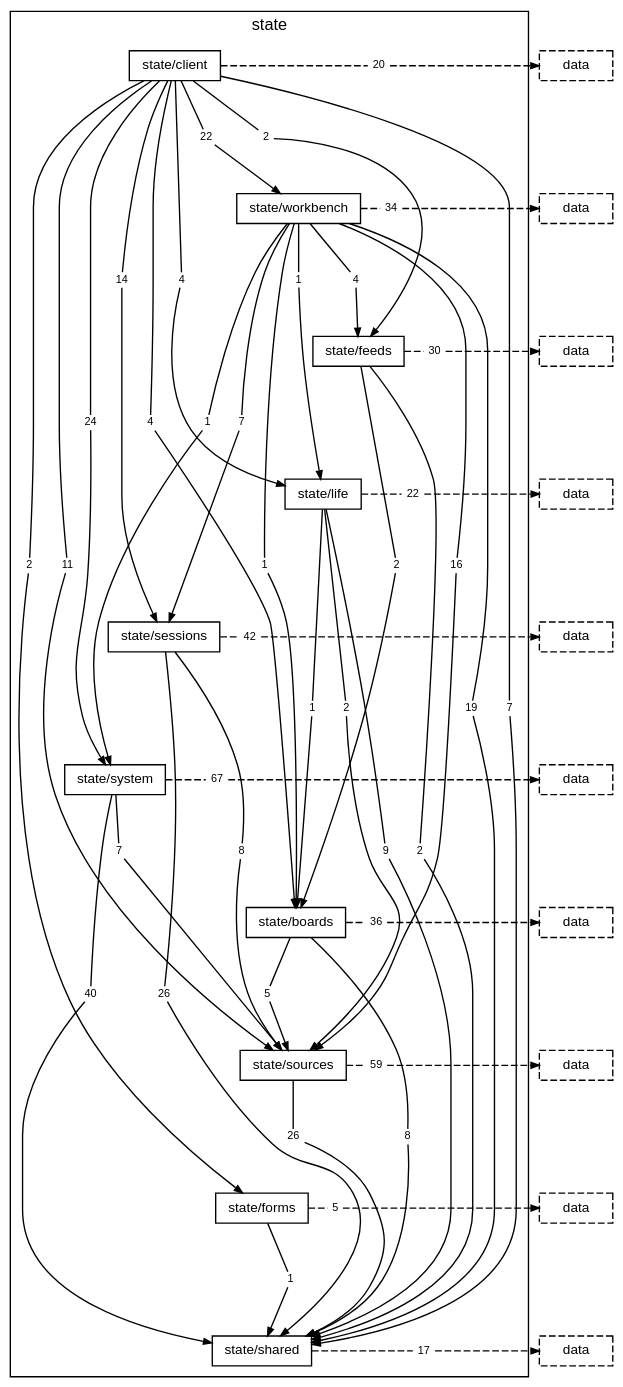
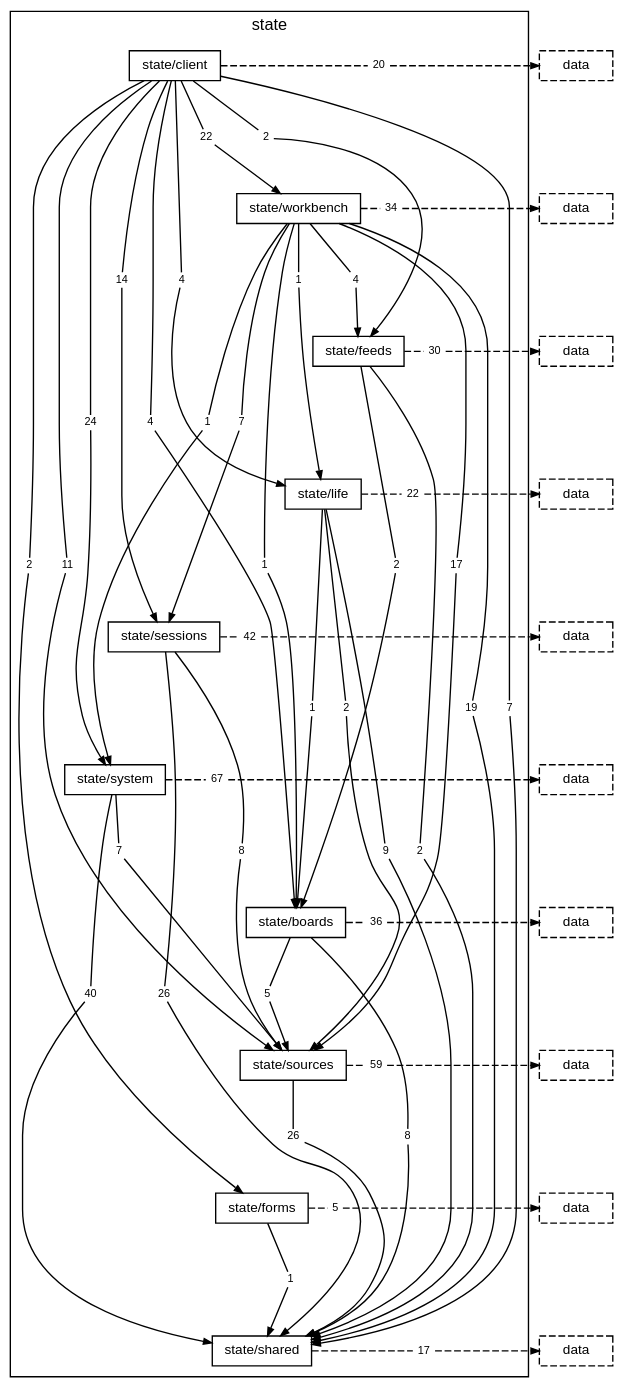
The diagram in docs/diagrams/layer-state.dot (TheAxeC/oculus), drawn with Graphviz before and after one commit. The commit also changed 35 other files, not shown here.

```diff
--- a/docs/diagrams/layer-state.dot
+++ b/docs/diagrams/layer-state.dot
@@ -29,7 +29,7 @@
         "folder state/workbench to folder state/life" [label="1", shape=box, color="transparent", fontsize=8, width=0, height=0, margin="0.04,0.02"];
         "folder state/workbench to folder state/sessions" [label="7", shape=box, color="transparent", fontsize=8, width=0, height=0, margin="0.04,0.02"];
         "folder state/workbench to folder state/shared" [label="19", shape=box, color="transparent", fontsize=8, width=0, height=0, margin="0.04,0.02"];
-        "folder state/workbench to folder state/sources" [label="16", shape=box, color="transparent", fontsize=8, width=0, height=0, margin="0.04,0.02"];
+        "folder state/workbench to folder state/sources" [label="17", shape=box, color="transparent", fontsize=8, width=0, height=0, margin="0.04,0.02"];
         "folder state/workbench to folder state/system" [label="1", shape=box, color="transparent", fontsize=8, width=0, height=0, margin="0.04,0.02"];
         "folder state/workbench to layer data" [label="34", shape=box, color="transparent", fontsize=8, width=0, height=0, margin="0.04,0.02"];
         "folder state/feeds to folder state/boards" [label="2", shape=box, color="transparent", fontsize=8, width=0, height=0, margin="0.04,0.02"];
```
